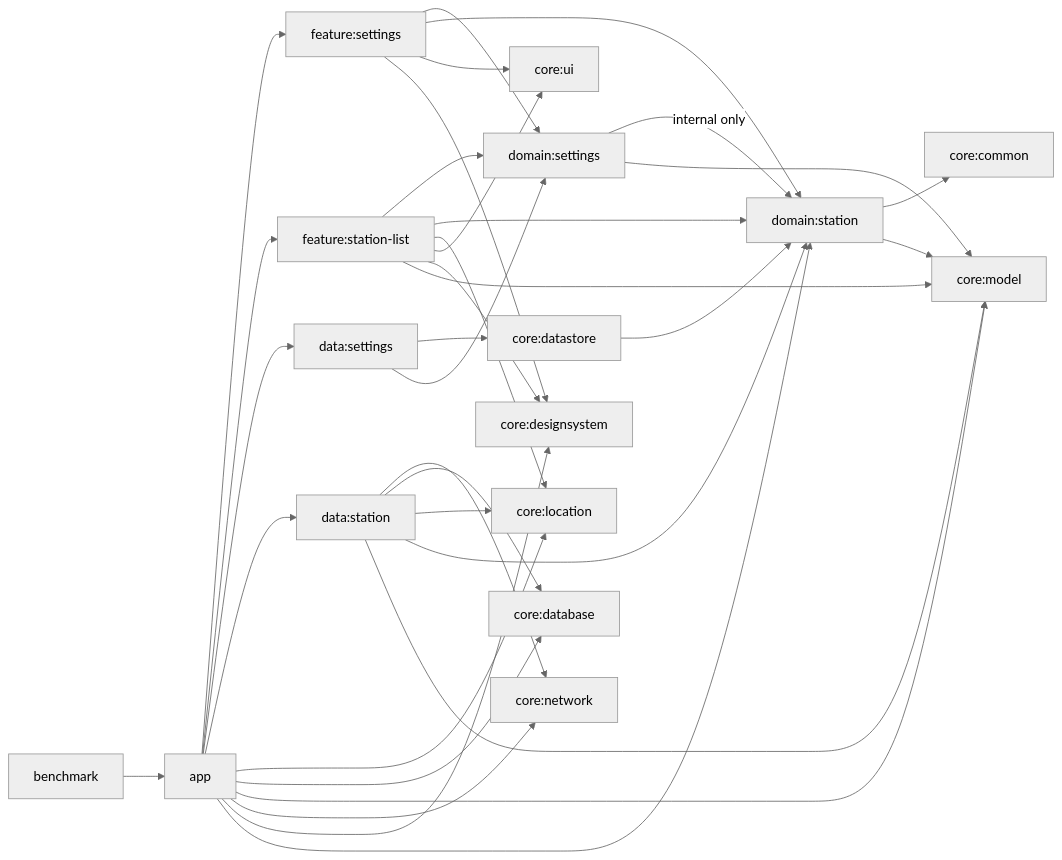
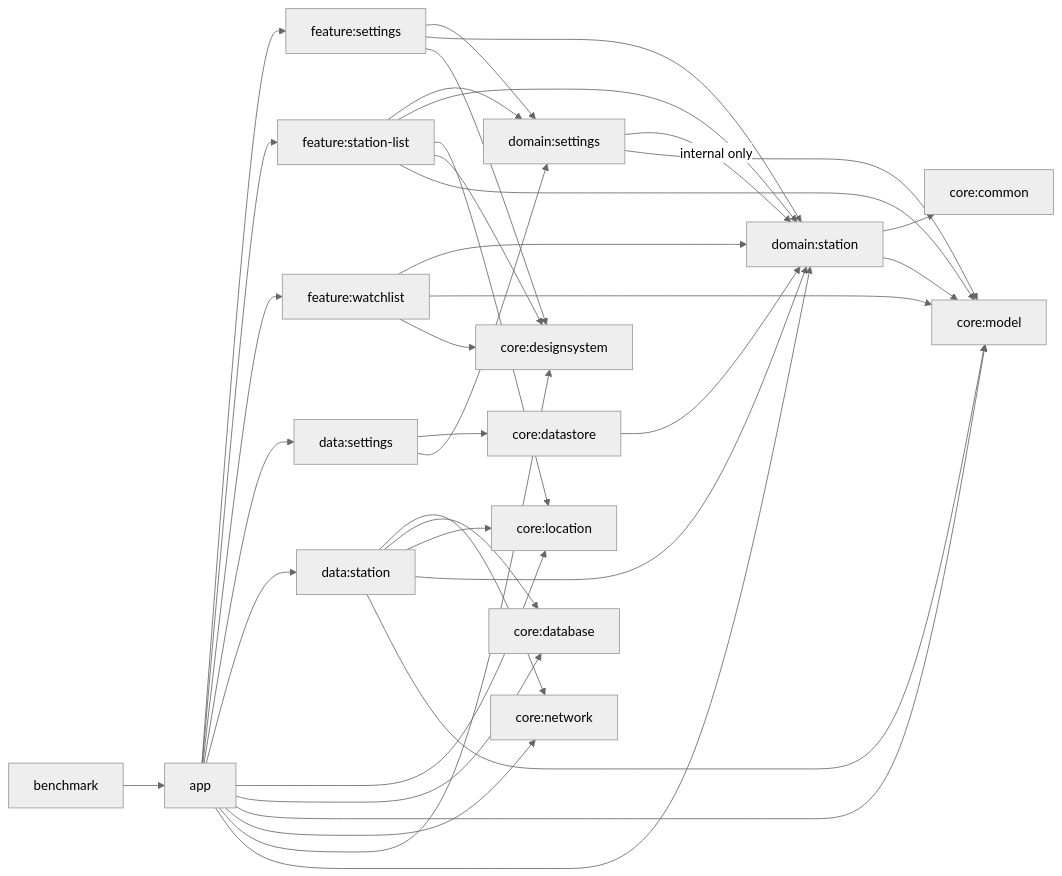
One commit to beyondwin/GasStation changed the diagram in docs/architecture.md. Above: the diagram before and after it, drawn with Mermaid (neutral theme). The commit also changed other lines of this file and 6 other files, not shown here.

````diff
--- a/docs/architecture.md
+++ b/docs/architecture.md
@@ -5,42 +5,45 @@
 ```mermaid
 flowchart LR
     app["app"] --> fs["feature:settings"]
     app --> fl["feature:station-list"]
+    app --> fw["feature:watchlist"]
     app --> ds["data:settings"]
     app --> dst["data:station"]
     app --> cl["core:location"]
     app --> cd["core:database"]
     app --> cm["core:model"]
     app --> cnetwork["core:network"]
     app --> design["core:designsystem"]
     app --> dstation["domain:station"]
 
     fs --> dsettings["domain:settings"]
     fs --> dstation
-    fs --> cui["core:ui"]
     fs --> design
 
     fl --> dsettings
     fl --> dstation
     fl --> cl
-    fl --> cui
     fl --> design
     fl --> cm
+
+    fw --> dstation
+    fw --> cm
+    fw --> design
 
     ds --> datastore["core:datastore"]
     ds --> dsettings
     datastore --> dstation
 
     dst --> cnetwork["core:network"]
     dst --> cd
     dst --> cl
     dst --> dstation
     dst --> cm
 
     dsettings -->|"internal only"| dstation
     dsettings --> cm
     dstation --> common["core:common"]
     dstation --> cm
 
     benchmark["benchmark"] --> app
 ```
````
